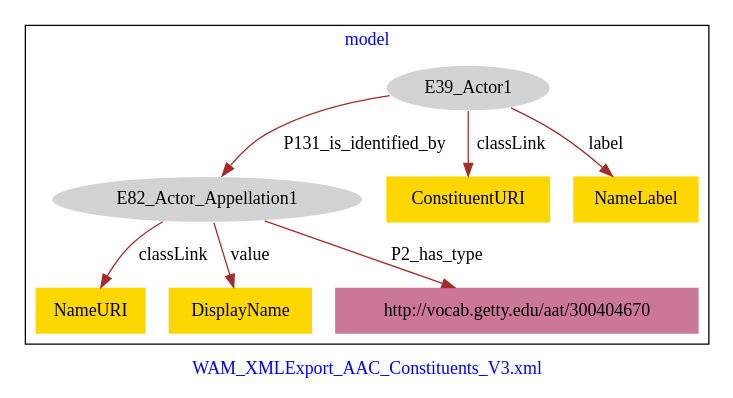
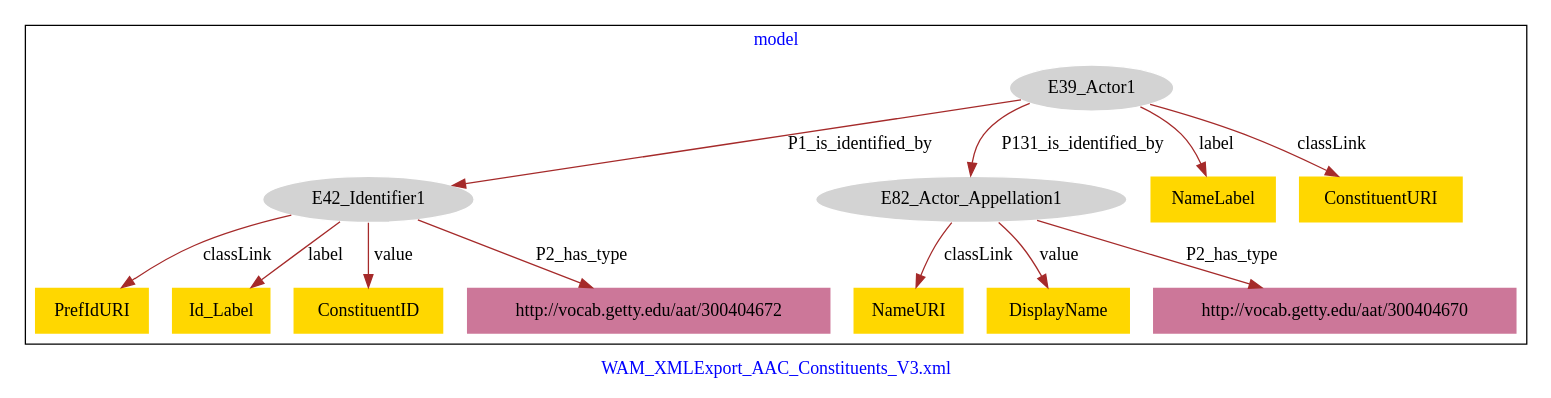
The diagram in WAM_AAC_Culture/WAM_AAC_Culture-model.dot (american-art/wam), drawn with Graphviz before and after one commit.

Commit message:
Update file WAM_AAC_Culture-model.dot

```diff
--- a/WAM_AAC_Culture/WAM_AAC_Culture-model.dot
+++ b/WAM_AAC_Culture/WAM_AAC_Culture-model.dot
@@ -1,21 +1,31 @@
 digraph n0 {
 fontcolor="blue"
 remincross="true"
 label="WAM_XMLExport_AAC_Constituents_V3.xml"
 subgraph cluster {
 label="model"
 n2[style="filled",color="white",fillcolor="lightgray",label="E39_Actor1"];
-n3[style="filled",color="white",fillcolor="lightgray",label="E82_Actor_Appellation1"];
-n4[shape="plaintext",style="filled",fillcolor="gold",label="NameURI"];
-n5[shape="plaintext",style="filled",fillcolor="gold",label="ConstituentURI"];
-n6[shape="plaintext",style="filled",fillcolor="gold",label="NameLabel"];
-n7[shape="plaintext",style="filled",fillcolor="gold",label="DisplayName"];
-n8[shape="plaintext",style="filled",fillcolor="#CC7799",label="http://vocab.getty.edu/aat/300404670"];
+n3[style="filled",color="white",fillcolor="lightgray",label="E42_Identifier1"];
+n4[style="filled",color="white",fillcolor="lightgray",label="E82_Actor_Appellation1"];
+n5[shape="plaintext",style="filled",fillcolor="gold",label="PrefIdURI"];
+n6[shape="plaintext",style="filled",fillcolor="gold",label="Id_Label"];
+n7[shape="plaintext",style="filled",fillcolor="gold",label="ConstituentID"];
+n8[shape="plaintext",style="filled",fillcolor="gold",label="NameURI"];
+n9[shape="plaintext",style="filled",fillcolor="gold",label="NameLabel"];
+n10[shape="plaintext",style="filled",fillcolor="gold",label="ConstituentURI"];
+n11[shape="plaintext",style="filled",fillcolor="gold",label="DisplayName"];
+n12[shape="plaintext",style="filled",fillcolor="#CC7799",label="http://vocab.getty.edu/aat/300404672"];
+n13[shape="plaintext",style="filled",fillcolor="#CC7799",label="http://vocab.getty.edu/aat/300404670"];
 }
-n2 -> n3[color="brown",fontcolor="black",label="P131_is_identified_by"]
-n3 -> n4[color="brown",fontcolor="black",label="classLink"]
-n2 -> n5[color="brown",fontcolor="black",label="classLink"]
-n2 -> n6[color="brown",fontcolor="black",label="label"]
+n2 -> n3[color="brown",fontcolor="black",label="P1_is_identified_by"]
+n2 -> n4[color="brown",fontcolor="black",label="P131_is_identified_by"]
+n3 -> n5[color="brown",fontcolor="black",label="classLink"]
+n3 -> n6[color="brown",fontcolor="black",label="label"]
 n3 -> n7[color="brown",fontcolor="black",label="value"]
-n3 -> n8[color="brown",fontcolor="black",label="P2_has_type"]
+n4 -> n8[color="brown",fontcolor="black",label="classLink"]
+n2 -> n9[color="brown",fontcolor="black",label="label"]
+n2 -> n10[color="brown",fontcolor="black",label="classLink"]
+n4 -> n11[color="brown",fontcolor="black",label="value"]
+n3 -> n12[color="brown",fontcolor="black",label="P2_has_type"]
+n4 -> n13[color="brown",fontcolor="black",label="P2_has_type"]
 }
```
